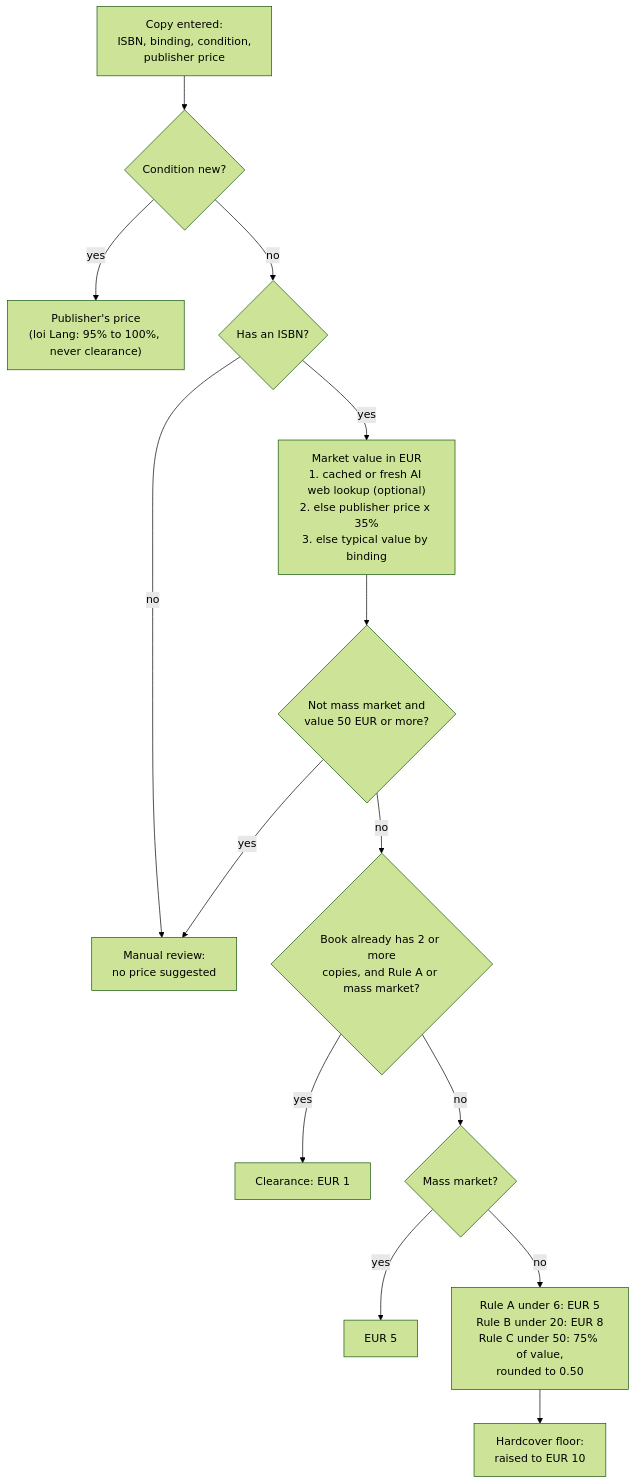
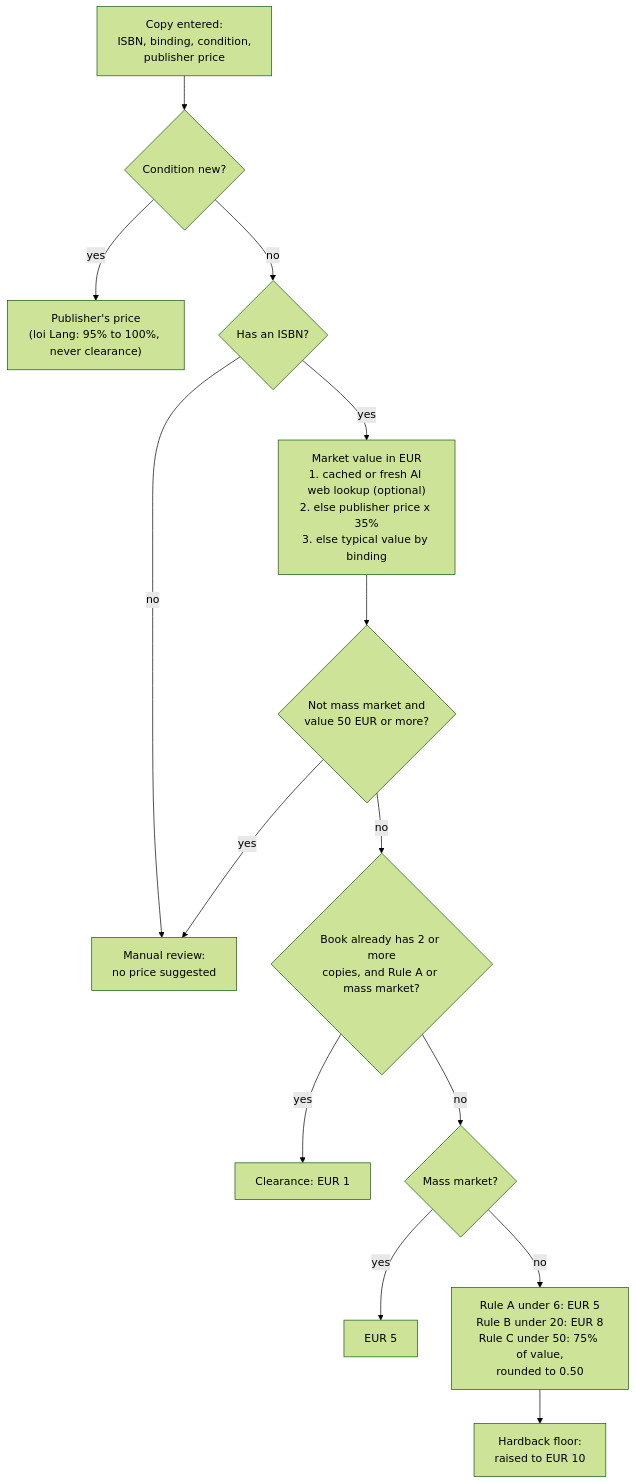
One commit to umasbooksadmin/umasbookswebsite changed the sixth of 15 diagrams in docs/architecture.md. Above: the diagram before and after it, drawn with Mermaid (forest theme). The commit also changed other lines of this file and 16 other files, not shown here.

````diff
--- a/docs/architecture.md
+++ b/docs/architecture.md
@@ -490,16 +490,16 @@
 ```mermaid
 flowchart TD
   IN["Copy entered:<br/>ISBN, binding, condition,<br/>publisher price"] --> NEW{"Condition new?"}
   NEW -- yes --> LANG["Publisher's price<br/>(loi Lang: 95% to 100%, never clearance)"]
   NEW -- no --> ISBN{"Has an ISBN?"}
   ISBN -- no --> REV["Manual review:<br/>no price suggested"]
   ISBN -- yes --> MKT["Market value in EUR<br/>1. cached or fresh AI web lookup (optional)<br/>2. else publisher price x 35%<br/>3. else typical value by binding"]
   MKT --> HI{"Not mass market and<br/>value 50 EUR or more?"}
   HI -- yes --> REV
   HI -- no --> CLR{"Book already has 2 or more<br/>copies, and Rule A or mass market?"}
   CLR -- yes --> CP["Clearance: EUR 1"]
   CLR -- no --> MM{"Mass market?"}
   MM -- yes --> P5["EUR 5"]
   MM -- no --> RS["Rule A under 6: EUR 5<br/>Rule B under 20: EUR 8<br/>Rule C under 50: 75% of value,<br/>rounded to 0.50"]
-  RS --> HC["Hardcover floor:<br/>raised to EUR 10"]
+  RS --> HC["Hardback floor:<br/>raised to EUR 10"]
 ```
````
